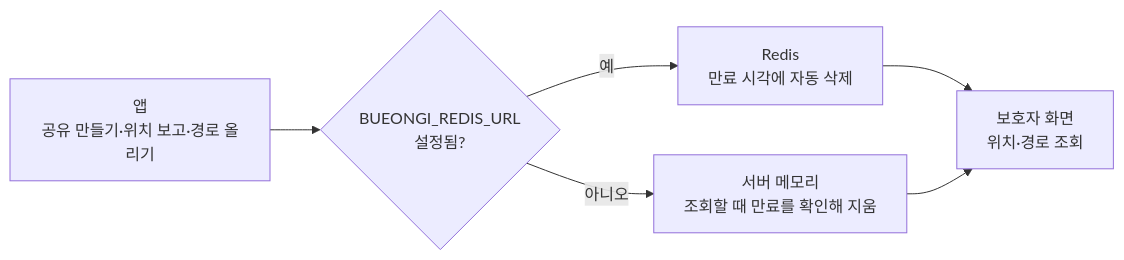
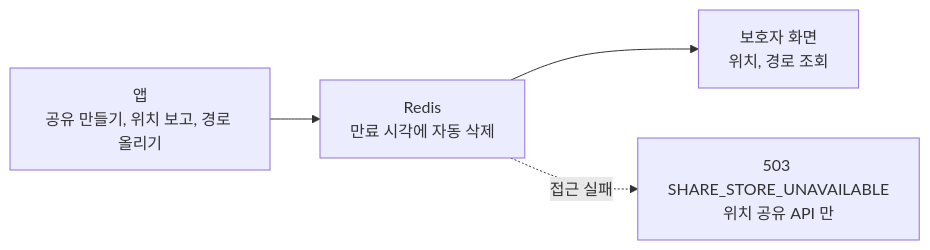
Before and after one commit to soo-ai-agent/bueongi-backend: the fifth of 5 diagrams in docs/DATA_STORAGE.md, drawn with Mermaid. The commit also changed other lines of this file and 1 other file, not shown here.

````diff
--- a/docs/DATA_STORAGE.md
+++ b/docs/DATA_STORAGE.md
@@ -369,8 +391,6 @@
 ```mermaid
 flowchart LR
-    APP["앱<br/>공유 만들기·위치 보고·경로 올리기"] --> STORE{"BUEONGI_REDIS_URL<br/>설정됨?"}
-    STORE -- 예 --> REDIS["Redis<br/>만료 시각에 자동 삭제"]
-    STORE -- 아니오 --> MEMORY["서버 메모리<br/>조회할 때 만료를 확인해 지움"]
-    REDIS --> GUARD["보호자 화면<br/>위치·경로 조회"]
-    MEMORY --> GUARD
+    APP["앱<br/>공유 만들기, 위치 보고, 경로 올리기"] --> REDIS["Redis<br/>만료 시각에 자동 삭제"]
+    REDIS --> GUARD["보호자 화면<br/>위치, 경로 조회"]
+    REDIS -. "접근 실패" .-> ERR["503 SHARE_STORE_UNAVAILABLE<br/>위치 공유 API 만"]
 ```
````
